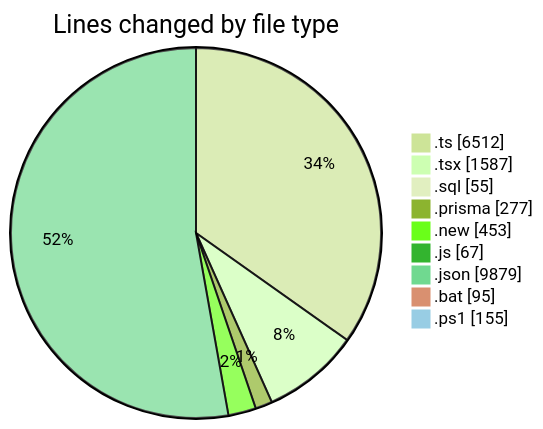
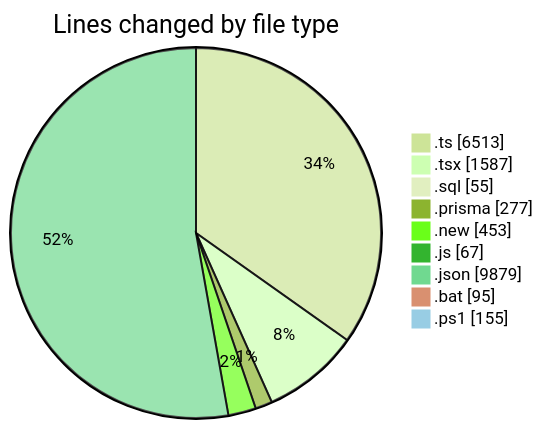
The first of 2 diagrams in 2025-06-03/ecodeli-1/README.md (CELIANVF/code-tracking), drawn with Mermaid (forest theme) before and after one commit. The commit also changed other lines of this file and 1 other file, not shown here.

````diff
--- a/2025-06-03/ecodeli-1/README.md
+++ b/2025-06-03/ecodeli-1/README.md
@@ -57,13 +57,13 @@
 ```mermaid
 pie showData
 title Lines changed by file type
-".ts" : 6512
+".ts" : 6513
 ".tsx" : 1587
 ".sql" : 55
 ".prisma" : 277
 ".new" : 453
 ".js" : 67
 ".json" : 9879
 ".bat" : 95
 ".ps1" : 155
 ```
````
